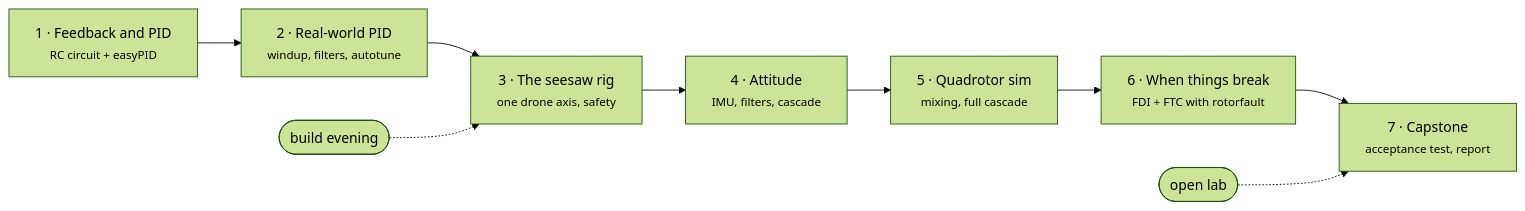
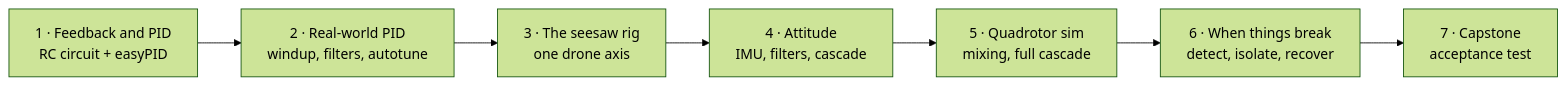
Before and after one commit to Kronbii/drone-control-bootcamp: the diagram in README.md, drawn with Mermaid (forest theme). The commit also changed other lines of this file, not shown here.

````diff
--- a/README.md
+++ b/README.md
@@ -33,11 +33,9 @@
 ```mermaid
 flowchart LR
-  S1["1 · Feedback and PID<br/><small>RC circuit + easyPID</small>"] --> S2["2 · Real-world PID<br/><small>windup, filters, autotune</small>"]
-  S2 --> S3["3 · The seesaw rig<br/><small>one drone axis, safety</small>"]
-  S3 --> S4["4 · Attitude<br/><small>IMU, filters, cascade</small>"]
-  S4 --> S5["5 · Quadrotor sim<br/><small>mixing, full cascade</small>"]
-  S5 --> S6["6 · When things break<br/><small>FDI + FTC with rotorfault</small>"]
-  S6 --> S7["7 · Capstone<br/><small>acceptance test, report</small>"]
-  B(["build evening"]) -.-> S3
-  O(["open lab"]) -.-> S7
+  S1["1 · Feedback and PID<br/>RC circuit + easyPID"] --> S2["2 · Real-world PID<br/>windup, filters, autotune"]
+  S2 --> S3["3 · The seesaw rig<br/>one drone axis"]
+  S3 --> S4["4 · Attitude<br/>IMU, filters, cascade"]
+  S4 --> S5["5 · Quadrotor sim<br/>mixing, full cascade"]
+  S5 --> S6["6 · When things break<br/>detect, isolate, recover"]
+  S6 --> S7["7 · Capstone<br/>acceptance test"]
 ```
````
